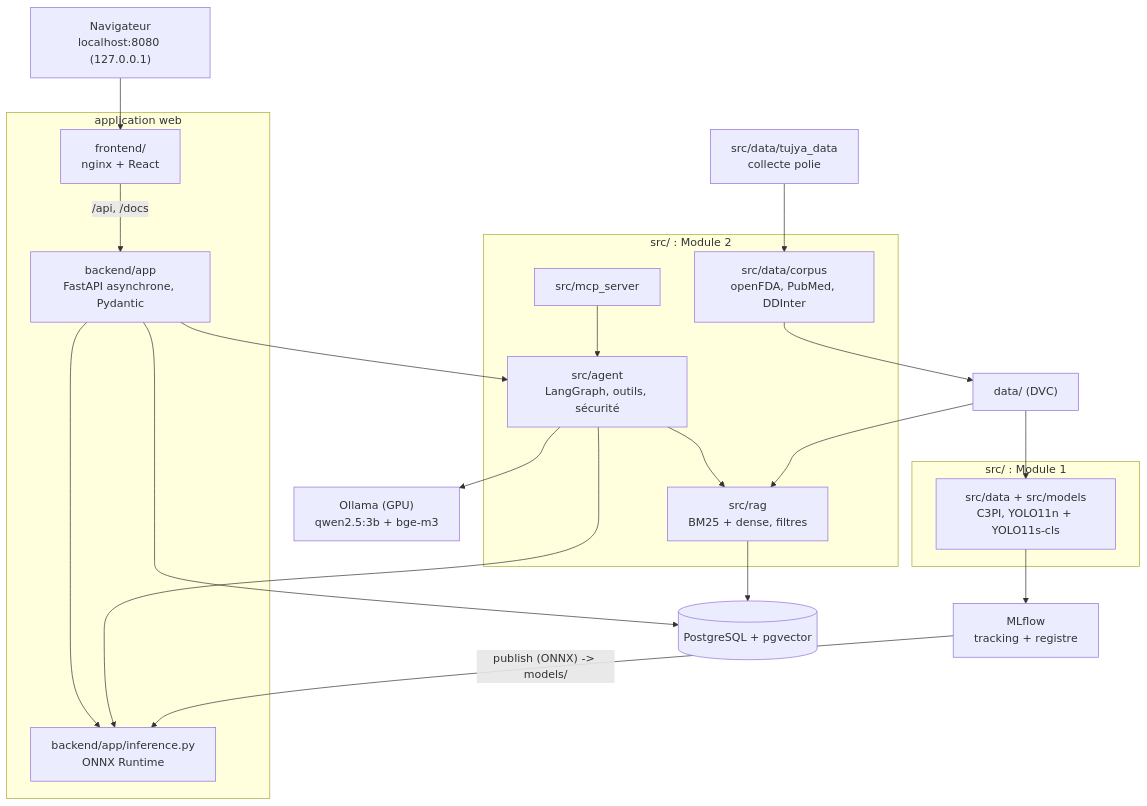
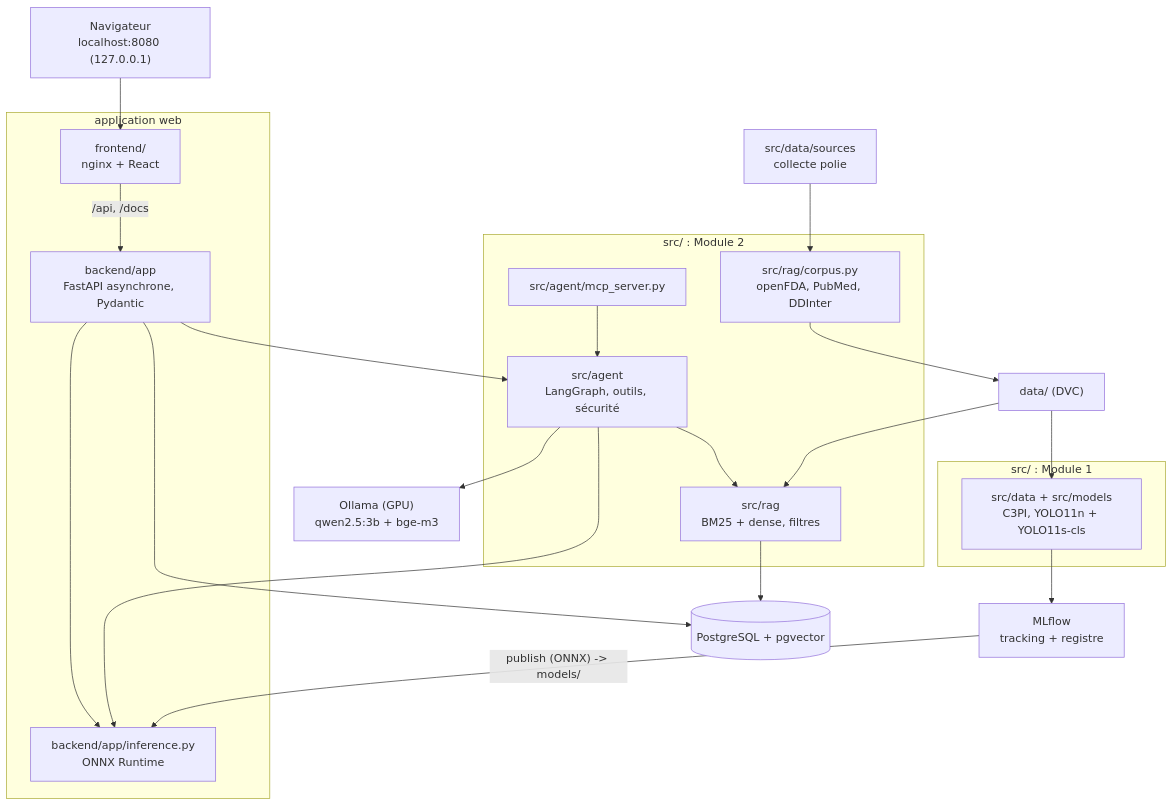
The diagram in docs/architecture.md (melekbouabid/syRX), drawn with Mermaid before and after one commit. The commit also changed other lines of this file and 35 other files, not shown here.

````diff
--- a/docs/architecture.md
+++ b/docs/architecture.md
@@ -11,31 +11,31 @@
 ```mermaid
 flowchart TB
   NAV["Navigateur<br/>localhost:8080 (127.0.0.1)"] --> FE
   subgraph APP["application web"]
     FE["frontend/<br/>nginx + React"] -- "/api, /docs" --> BE["backend/app<br/>FastAPI asynchrone, Pydantic"]
     SCAN["backend/app/inference.py<br/>ONNX Runtime"]
   end
   subgraph M1["src/ : Module 1"]
     TR["src/data + src/models<br/>C3PI, YOLO11n + YOLO11s-cls"]
   end
   subgraph M2["src/ : Module 2"]
-    CORP["src/data/corpus<br/>openFDA, PubMed, DDInter"]
+    CORP["src/rag/corpus.py<br/>openFDA, PubMed, DDInter"]
     RAG["src/rag<br/>BM25 + dense, filtres"]
     AG["src/agent<br/>LangGraph, outils, sécurité"]
-    MCP["src/mcp_server"]
+    MCP["src/agent/mcp_server.py"]
   end
   BE --> SCAN
   BE --> AG
   MCP --> AG
   AG --> SCAN
   AG --> RAG
   RAG --> PG[("PostgreSQL + pgvector")]
   BE --> PG
   AG --> OL["Ollama (GPU)<br/>qwen2.5:3b + bge-m3"]
   DATA["data/ (DVC)"] --> TR
-  PIPE["src/data/tujya_data<br/>collecte polie"] --> CORP
+  PIPE["src/data/sources<br/>collecte polie"] --> CORP
   CORP --> DATA
   DATA --> RAG
   TR --> MLF["MLflow<br/>tracking + registre"]
   MLF -- "publish (ONNX) -> models/" --> SCAN
 ```
````
